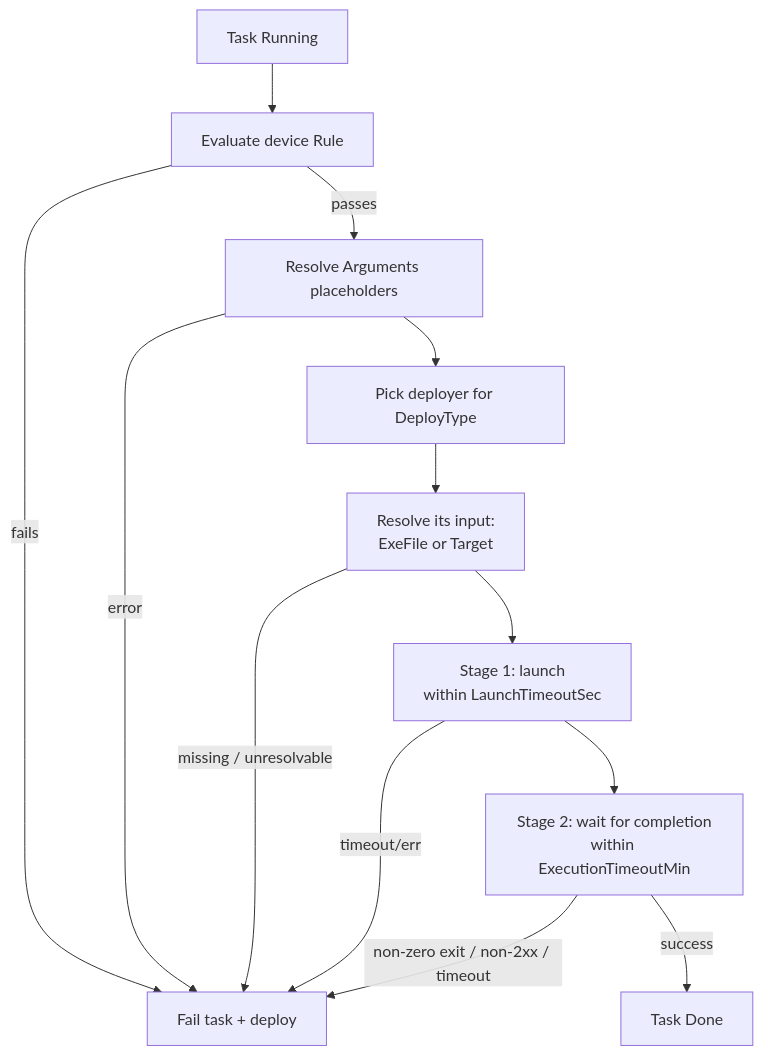
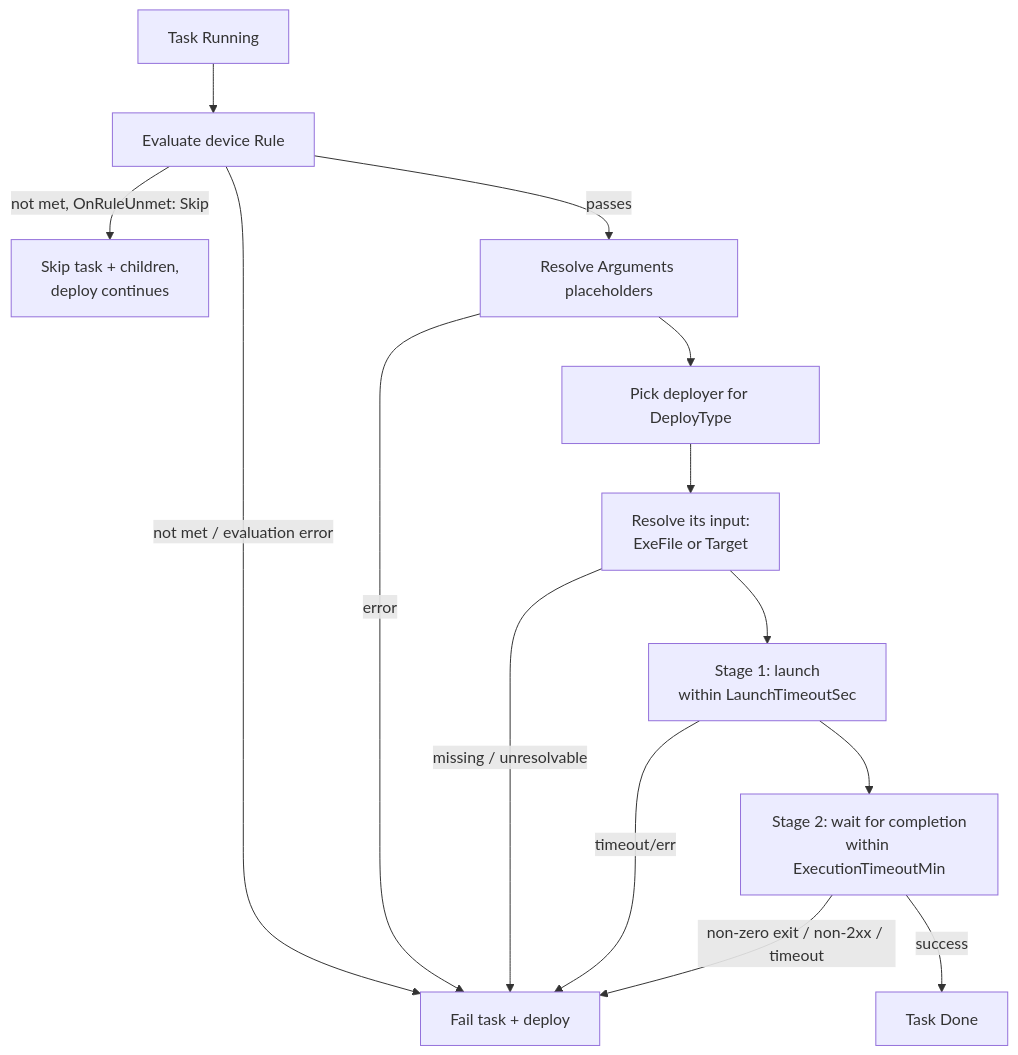
One commit to getappsh/docs changed the second of 3 diagrams in docs/root/user-docs/developer/deploy/v2/how-it-works.md. Above: the diagram before and after it, drawn with Mermaid. The commit also changed other lines of this file and 5 other files, not shown here.

````diff
--- a/docs/root/user-docs/developer/deploy/v2/how-it-works.md
+++ b/docs/root/user-docs/developer/deploy/v2/how-it-works.md
@@ -93,15 +94,16 @@
 ```mermaid
 flowchart TD
     A[Task Running] --> B[Evaluate device Rule]
-    B -- fails --> Z[Fail task + deploy]
+    B -- not met, OnRuleUnmet: Skip --> S[Skip task + children,<br/>deploy continues]
+    B -- not met / evaluation error --> Z[Fail task + deploy]
     B -- passes --> C[Resolve Arguments placeholders]
     C -- error --> Z
     C --> D[Pick deployer for DeployType]
     D --> E[Resolve its input:<br/>ExeFile or Target]
     E -- missing / unresolvable --> Z
     E --> F[Stage 1: launch<br/>within LaunchTimeoutSec]
     F -- timeout/err --> Z
     F --> G[Stage 2: wait for completion<br/>within ExecutionTimeoutMin]
     G -- non-zero exit / non-2xx / timeout --> Z
     G -- success --> H[Task Done]
 ```
````
